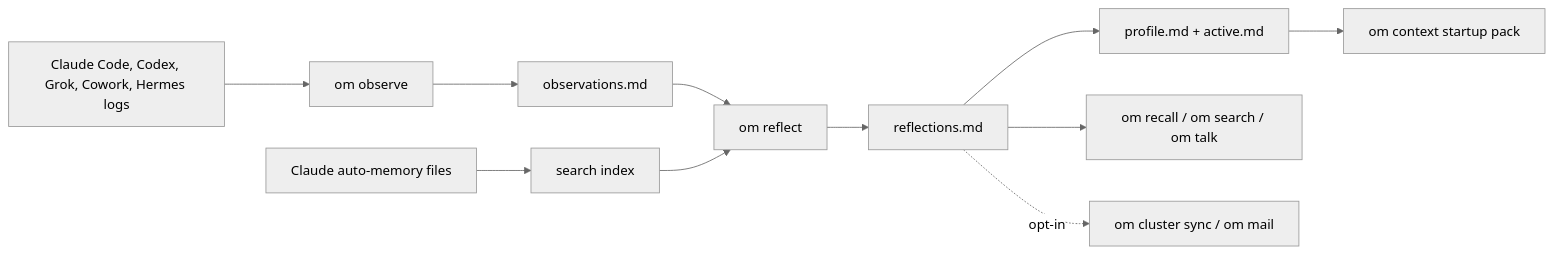
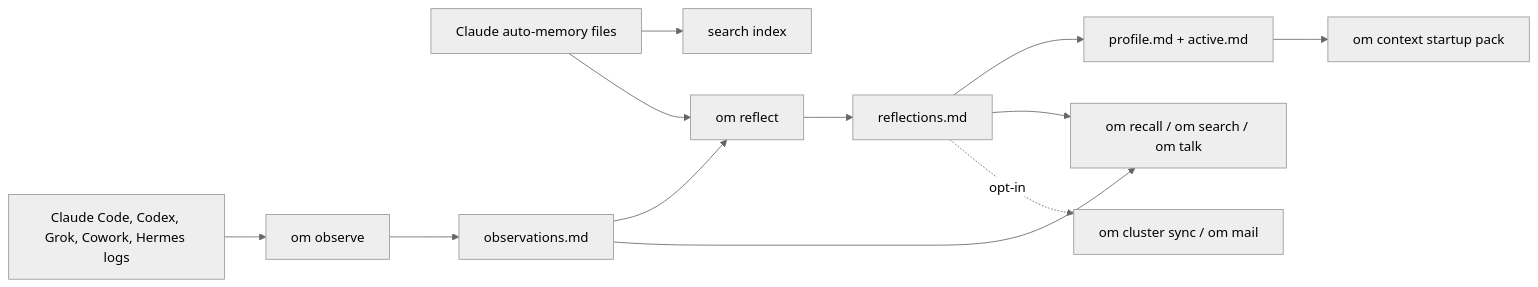
One commit to intertwine/observational-memory changed the diagram in README.md. Above: the diagram before and after it, drawn with Mermaid (neutral theme). The commit also changed other lines of this file and 5 other files, not shown here.

````diff
--- a/README.md
+++ b/README.md
@@ -77,13 +62,14 @@
 ```mermaid
 flowchart LR
     A["Claude Code, Codex, Grok, Cowork, Hermes logs"] --> B["om observe"]
     C["Claude auto-memory files"] --> D["search index"]
+    C --> F
     B --> E["observations.md"]
     E --> F["om reflect"]
-    D --> F
     F --> G["reflections.md"]
     G --> H["profile.md + active.md"]
     H --> I["om context startup pack"]
+    E --> J
     G --> J["om recall / om search / om talk"]
     G -. opt-in .-> K["om cluster sync / om mail"]
 ```
````
